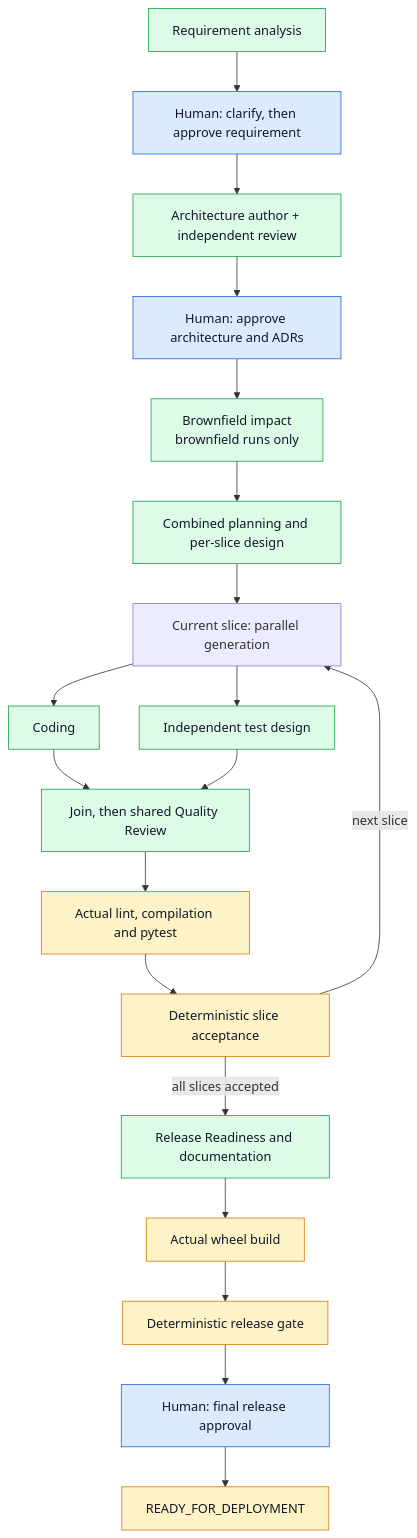
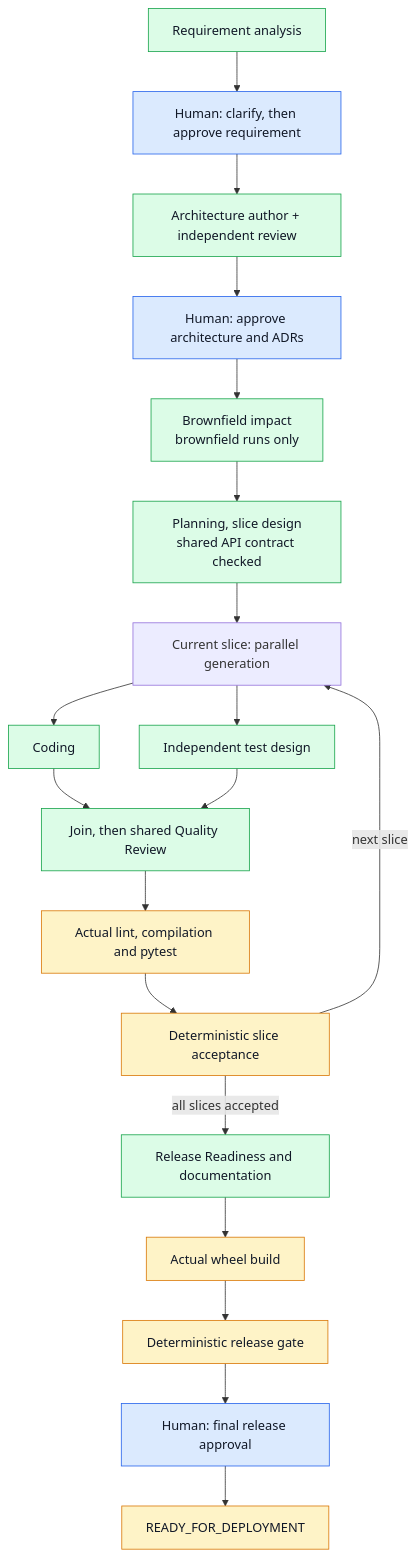
The diagram in docs/orchestration.md (kavish-agarwal-tech/ssdlc-agentic-flow), drawn with Mermaid before and after one commit. The commit also changed other lines of this file and 12 other files, not shown here.

Commit message:
Check shared API contracts before generation and quality review

````diff
--- a/docs/orchestration.md
+++ b/docs/orchestration.md
@@ -5,27 +5,27 @@
 ```mermaid
 flowchart TD
   R["Requirement analysis"] --> H1["Human: clarify, then approve requirement"]
   H1 --> A["Architecture author + independent review"]
   A --> H2["Human: approve architecture and ADRs"]
   H2 --> B["Brownfield impact<br/>brownfield runs only"]
-  B --> P["Combined planning and per-slice design"]
+  B --> P["Planning, slice design<br/>shared API contract checked"]
   P --> Fork["Current slice: parallel generation"]
   Fork --> C["Coding"]
   Fork --> T["Independent test design"]
   C --> Q["Join, then shared Quality Review"]
   T --> Q
   Q --> V["Actual lint, compilation and pytest"]
   V --> S["Deterministic slice acceptance"]
   S -->|next slice| Fork
   S -->|all slices accepted| Report["Release Readiness and documentation"]
   Report --> Build["Actual wheel build"]
   Build --> Gate["Deterministic release gate"]
   Gate --> H3["Human: final release approval"]
   H3 --> Ready["READY_FOR_DEPLOYMENT"]
   classDef human fill:#dbeafe,stroke:#2563eb,color:#111827
   classDef proposal fill:#dcfce7,stroke:#16a34a,color:#111827
   classDef evidence fill:#fef3c7,stroke:#d97706,color:#111827
   class H1,H2,H3 human
   class R,A,B,P,C,T,Q,Report proposal
   class V,S,Build,Gate,Ready evidence
 ```
````
